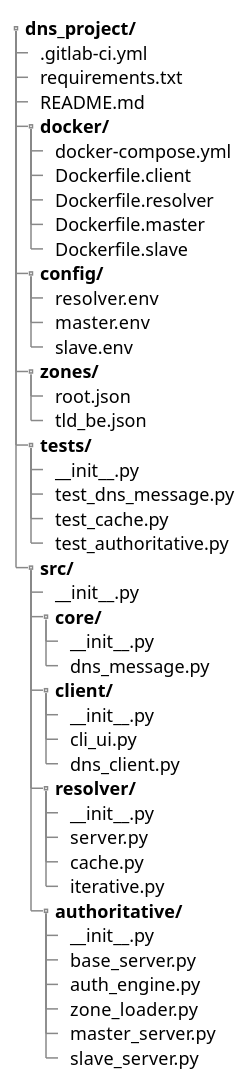
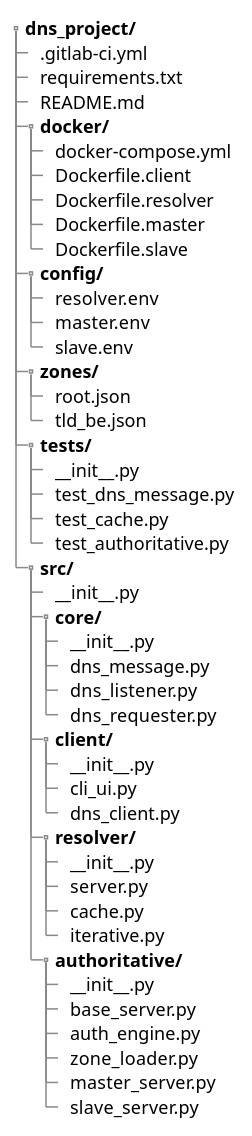
The diagram in doc/schemas/arborescence.plantuml (StSvedar/padr-DNS), drawn with PlantUML before and after one commit.

Commit message:
ajout dns_message.py dns_listener.py a schema arborescence

```diff
--- a/doc/schemas/arborescence.plantuml
+++ b/doc/schemas/arborescence.plantuml
@@ -1,49 +1,51 @@
 @startsalt
 {
 {T
  + **dns_project/**
  ++ .gitlab-ci.yml
  ++ requirements.txt
  ++ README.md
  ++ **docker/**
  +++ docker-compose.yml
  +++ Dockerfile.client
  +++ Dockerfile.resolver
  +++ Dockerfile.master
  +++ Dockerfile.slave
  ++ **config/**
  +++ resolver.env
  +++ master.env
  +++ slave.env
  ++ **zones/**
  +++ root.json
  +++ tld_be.json
  ++ **tests/**
  +++ ~__init__.py
  +++ test_dns_message.py
  +++ test_cache.py
  +++ test_authoritative.py
  ++ **src/**
  +++ ~__init__.py
  +++ **core/**
  ++++ ~__init__.py
  ++++ dns_message.py
+ ++++ dns_listener.py
+ ++++ dns_requester.py
  +++ **client/**
  ++++ ~__init__.py
  ++++ cli_ui.py
  ++++ dns_client.py
  +++ **resolver/**
  ++++ ~__init__.py
  ++++ server.py
  ++++ cache.py
  ++++ iterative.py
  +++ **authoritative/**
  ++++ ~__init__.py
  ++++ base_server.py
  ++++ auth_engine.py
  ++++ zone_loader.py
  ++++ master_server.py
  ++++ slave_server.py
 }
 }
 @endsalt
```
